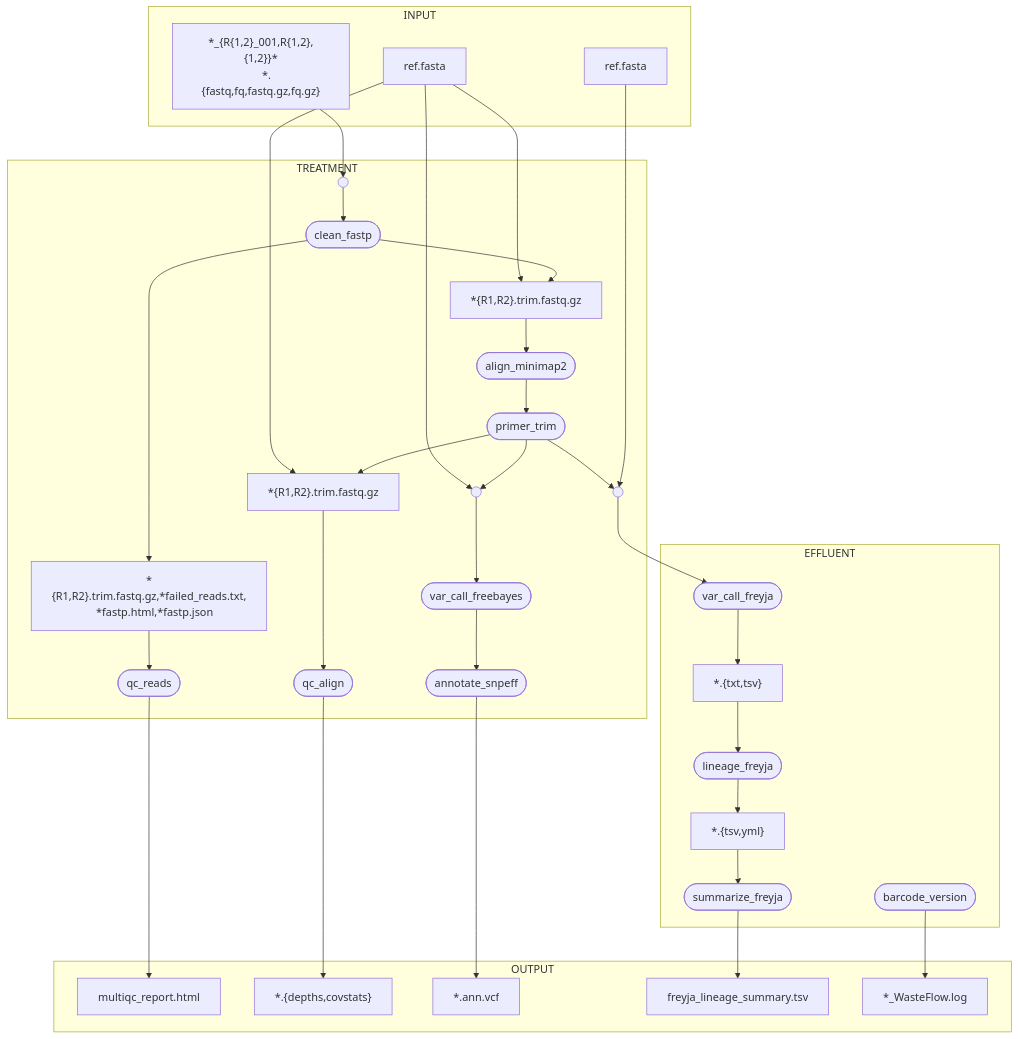
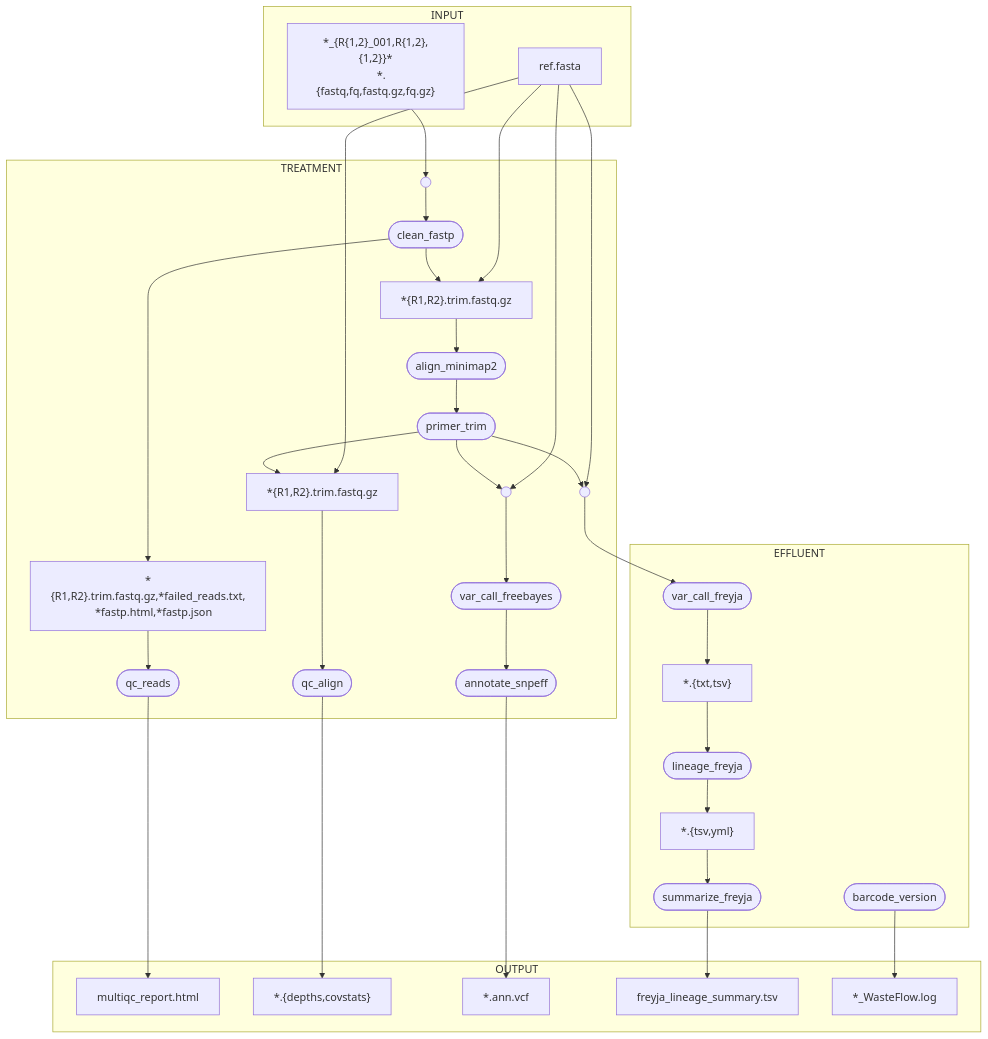
The first of 3 diagrams in README.md (BCCDC-PHL/WasteFlow), drawn with Mermaid before and after one commit. The commit also changed other lines of this file, not shown here.

First line of the commit message:
Edit mmd to reflect change to ref_ch

````diff
--- a/README.md
+++ b/README.md
@@ -101,67 +101,66 @@
 ```mermaid
 flowchart TB
     subgraph "INPUT"
     v0["*_{R{1,2}_001,R{1,2},{1,2}}*
     *.{fastq,fq,fastq.gz,fq.gz}"]
     v2["ref.fasta"]
-    v18["ref.fasta"]
     end
     subgraph TREATMENT
     v3([clean_fastp])
     v5([qc_reads])
     v9([align_minimap2])
     v10([primer_trim])
     v12([qc_align])
     v15([var_call_freebayes])
     v16([annotate_snpeff])
     v1(( ))
     v4["*{R1,R2}.trim.fastq.gz,*failed_reads.txt,
     *fastp.html,*fastp.json"]
     v7["*{R1,R2}.trim.fastq.gz"]
     v11["*{R1,R2}.trim.fastq.gz"]
     v14(( ))
     v19(( ))
     end
     subgraph "OUTPUT"
     v6["multiqc_report.html"]
     v13["*.{depths,covstats}"]
     v17["*.ann.vcf"]
     v25["freyja_lineage_summary.tsv"]
     v27["*_WasteFlow.log"]
     end
     subgraph EFFLUENT
     v20([var_call_freyja])
     v22([lineage_freyja])
     v24([summarize_freyja])
     v26([barcode_version])
     v21["*.{txt,tsv}"]
     v23["*.{tsv,yml}"]
     end
     v0 --> v1
     v2 --> v7
     v2 --> v11
     v2 --> v14
+    v2 --> v19
     v1 --> v3
     v3 --> v4
     v3 --> v7
     v4 --> v5
     v5 --> v6
     v7 --> v9
     v9 --> v10
     v10 --> v11
     v10 --> v14
     v10 --> v19
     v11 --> v12
     v12 --> v13
     v14 --> v15
     v15 --> v16
     v16 --> v17
-    v18 --> v19
     v19 --> v20
     v20 --> v21
     v21 --> v22
     v22 --> v23
     v23 --> v24
     v24 --> v25
     v26 --> v27
 ```
````
